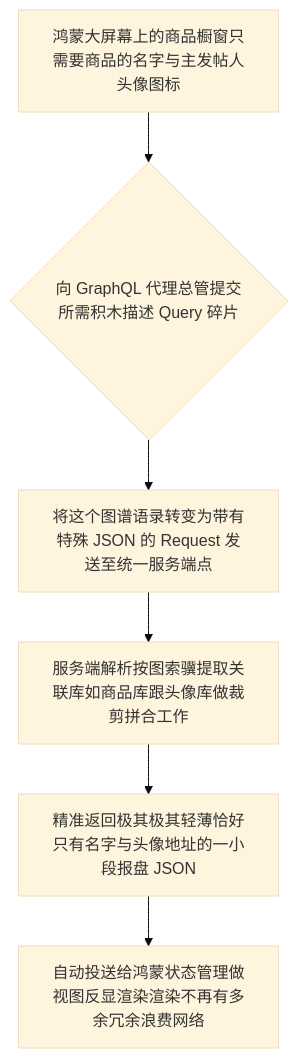
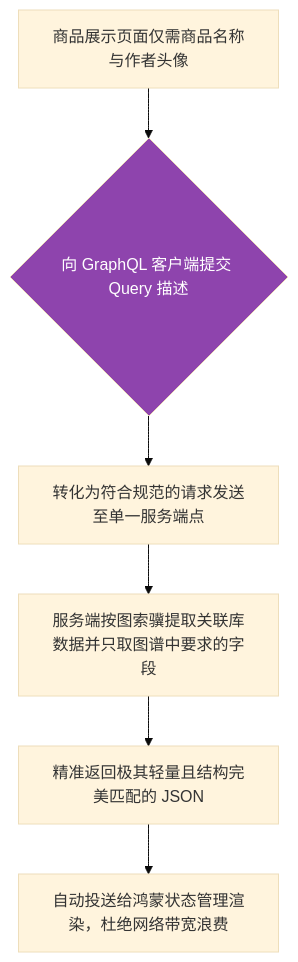
One commit to happyphper/blog changed the diagram in posts/2026/0221/graphql.md. Above: the diagram before and after it, drawn with Mermaid (base theme). The commit also changed other lines of this file and 4 other files, not shown here.

Commit message:
docs(0221): 精简与优化博文词句质量并消除过度修饰词 (graphql, gsettings, hive_ce_generator, http_client_helper, i69n)

````diff
--- a/posts/2026/0221/graphql.md
+++ b/posts/2026/0221/graphql.md
@@ -17,8 +26,9 @@
 ```mermaid
 graph TD
-    A[鸿蒙大屏幕上的商品橱窗只需要商品的名字与主发帖人头像图标] --> B{向 GraphQL 代理总管提交所需积木描述 Query 碎片}
-    B --> C[将这个图谱语录转变为带有特殊 JSON 的 Request 发送至统一服务端点]
-    C --> D[服务端解析按图索骥提取关联库如商品库跟头像库做裁剪拼合工作]
-    D --> E[精准返回极其极其轻薄恰好只有名字与头像地址的一小段报盘 JSON]
-    E --> F[自动投送给鸿蒙状态管理做视图反显渲染渲染不再有多余冗余浪费网络]
+    A[商品展示页面仅需商品名称与作者头像] --> B{向 GraphQL 客户端提交 Query 描述}
+    B --> C[转化为符合规范的请求发送至单一服务端点]
+    C --> D[服务端按图索骥提取关联库数据并只取图谱中要求的字段]
+    D --> E[精准返回极其轻量且结构完美匹配的 JSON]
+    E --> F[自动投送给鸿蒙状态管理渲染，杜绝网络带宽浪费]
+    style B fill:#8e44ad,color:white
 ```
````
